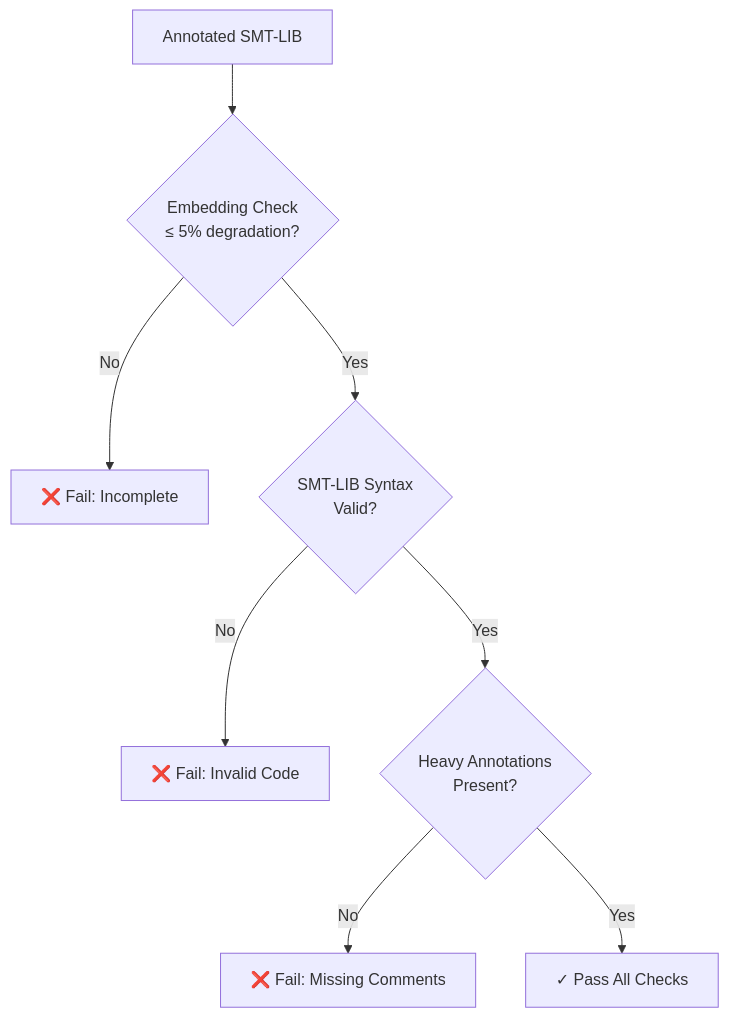
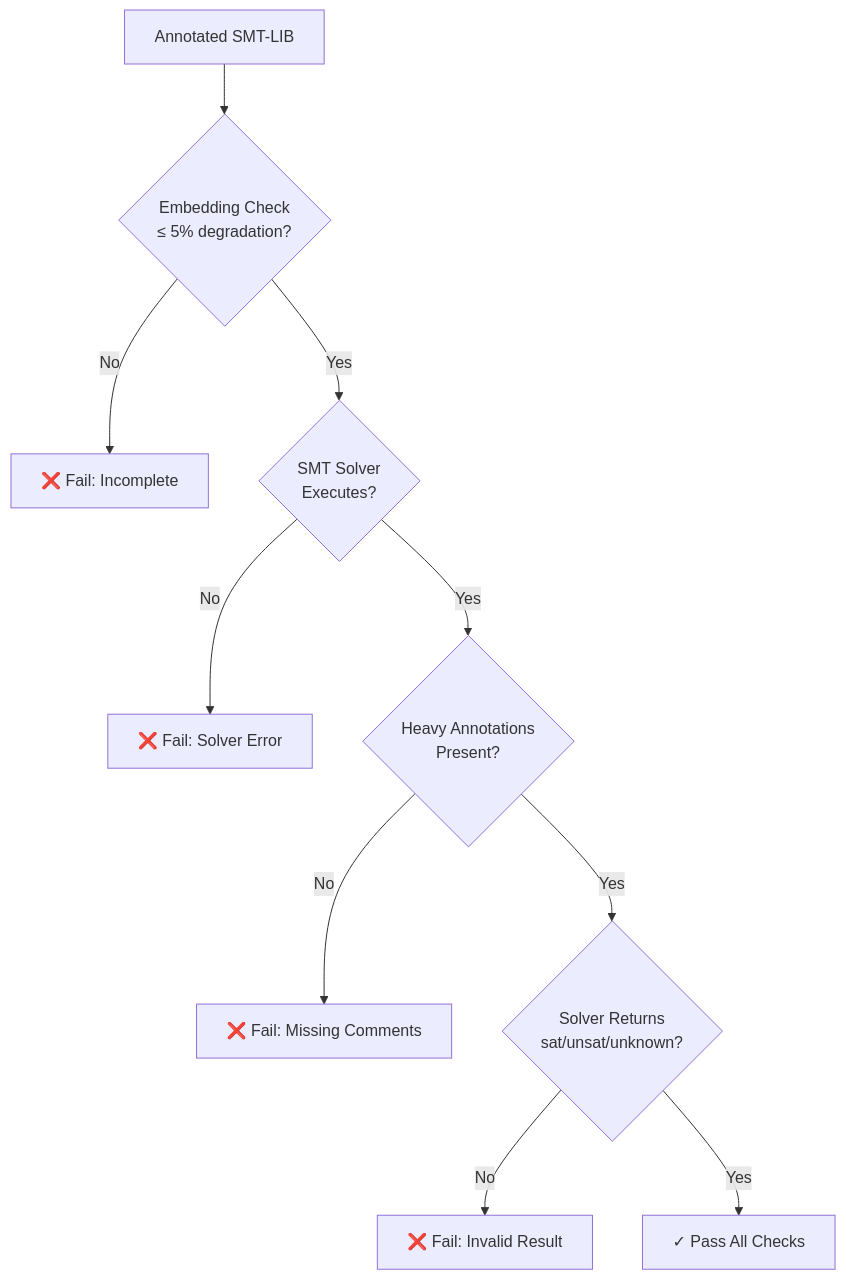
Before and after one commit to o2alexanderfedin/hupyy-temporal: the seventh of 7 diagrams in hypotheses/embedding-distance/PIPELINE-DESIGN.md, drawn with Mermaid. The commit also changed other lines of this file and 14 other files, not shown here.

First line of the commit message:
feat: Add Sprint 006 NL→SMT-LIB Pipeline MVP with TDD+PP methodology

````diff
--- a/hypotheses/embedding-distance/PIPELINE-DESIGN.md
+++ b/hypotheses/embedding-distance/PIPELINE-DESIGN.md
@@ -364,10 +657,12 @@
 ```mermaid
 flowchart TD
     A[Annotated SMT-LIB] --> B{Embedding Check<br/>≤ 5% degradation?}
     B -->|No| C[❌ Fail: Incomplete]
-    B -->|Yes| D{SMT-LIB Syntax<br/>Valid?}
-    D -->|No| E[❌ Fail: Invalid Code]
+    B -->|Yes| D{SMT Solver<br/>Executes?}
+    D -->|No| E[❌ Fail: Solver Error]
     D -->|Yes| F{Heavy Annotations<br/>Present?}
     F -->|No| G[❌ Fail: Missing Comments]
-    F -->|Yes| H[✓ Pass All Checks]
+    F -->|Yes| H{Solver Returns<br/>sat/unsat/unknown?}
+    H -->|No| I[❌ Fail: Invalid Result]
+    H -->|Yes| J[✓ Pass All Checks]
 ```
````
